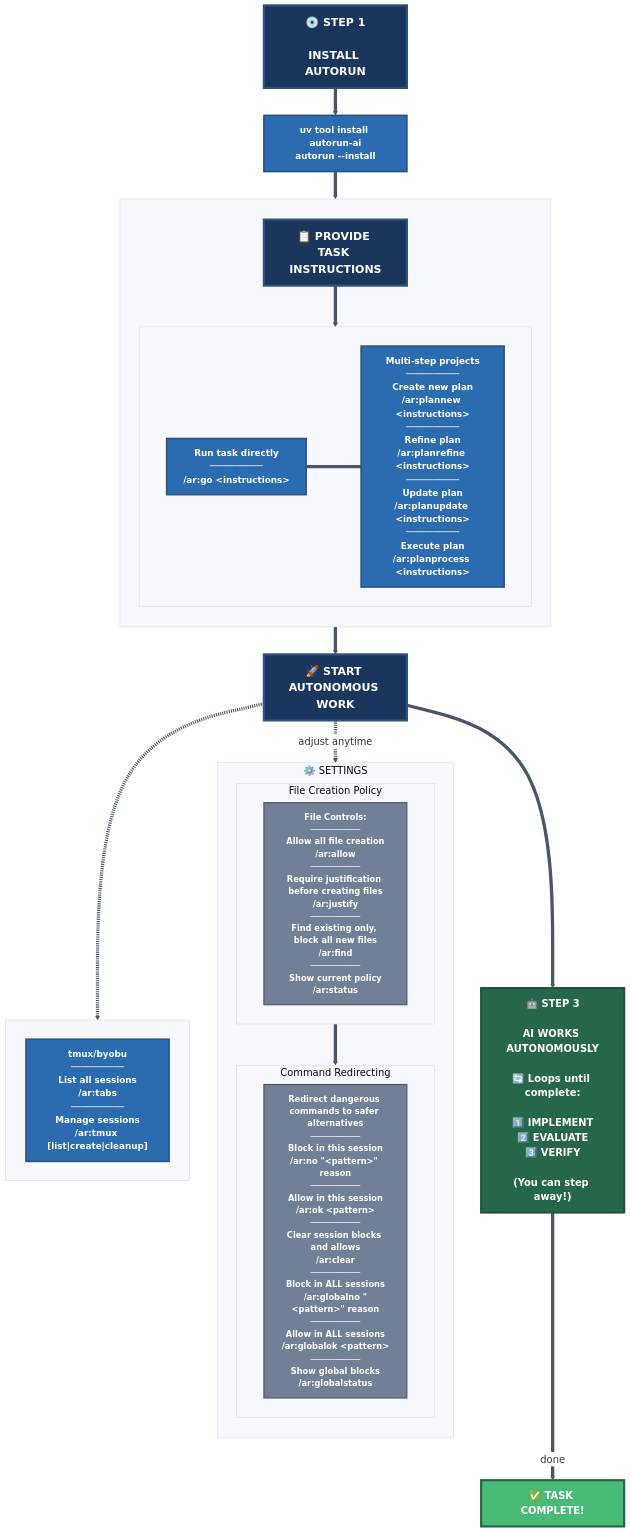
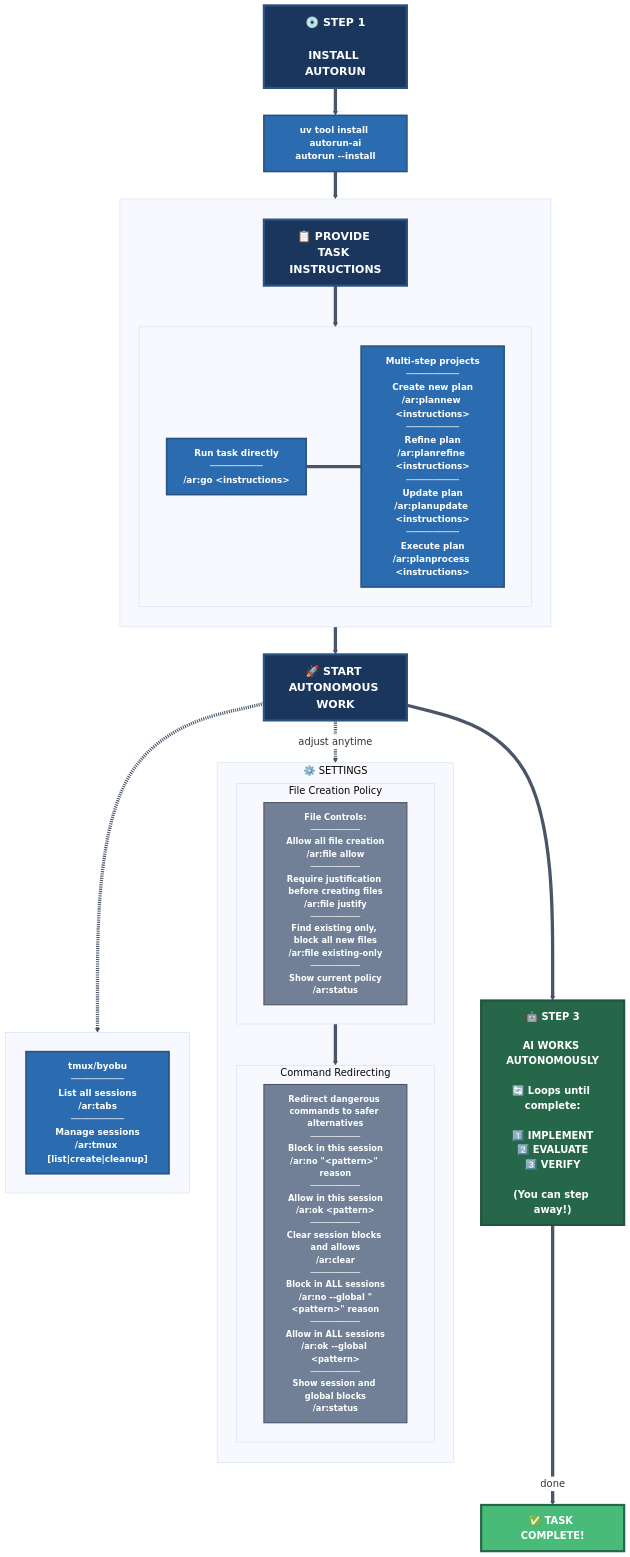
The diagram in autorun-architecture.mmd (ahundt/autorun), drawn with Mermaid before and after one commit. The commit also changed 15 other files, not shown here.

```diff
--- a/autorun-architecture.mmd
+++ b/autorun-architecture.mmd
@@ -1,91 +1,91 @@
 %% Regenerate SVG: npx @mermaid-js/mermaid-cli mmdc -i autorun-architecture.mmd -o autorun-architecture.svg
 %%{init: {'theme': 'base', 'themeVariables': { 'fontSize': '18px', 'fontFamily': 'Arial', 'maxTextWidth': 300, 'subgraphBkg': '#f7fafc', 'lineColor': '#4a5568', 'edgeLabelBackground': '#ffffff'}}}%%
 flowchart TD
     %% ========================================
     %%  STYLING
     %% ========================================
     classDef stepBox fill:#1a365d,stroke:#2c5282,stroke-width:4px,color:#fff,font-size:20px,font-weight:bold;
     classDef choiceBox fill:#2b6cb0,stroke:#2c5282,stroke-width:3px,color:#fff,font-size:16px,font-weight:bold;
     classDef aiBox fill:#276749,stroke:#22543d,stroke-width:4px,color:#fff,font-size:18px,font-weight:bold;
     classDef guardBox fill:#c53030,stroke:#742a2a,stroke-width:3px,color:#fff,font-size:14px,font-weight:bold;
     classDef safeBox fill:#ed8936,stroke:#c05621,stroke-width:3px,color:#fff,font-size:16px,font-weight:bold;
     classDef doneBox fill:#48bb78,stroke:#276749,stroke-width:4px,color:#fff,font-size:18px,font-weight:bold;
     classDef settingBox fill:#718096,stroke:#4a5568,stroke-width:2px,color:#fff,font-size:15px,font-weight:bold;
     classDef settingsPanel fill:#e2e8f0,stroke:#a0aec0,stroke-width:2px,color:#2d3748,font-size:15px,font-weight:bold;
 
     %% ========================================
     %%  STEP 1: INSTALL
     %% ========================================
     INSTALL["💿 STEP 1<br/><br/>INSTALL AUTORUN"]:::stepBox
     INSTALL_CMD["uv tool install autorun-ai<br/>autorun --install"]:::choiceBox
 
     %% ========================================
     %%  SETTINGS PANEL (Always available)
     %% ========================================
     subgraph SETTINGS["⚙️ SETTINGS"]
         direction TB
 
         subgraph FILE_SET["File Creation Policy"]
-            F1["<b>File Controls:</b><br/>──────────<br/><b>Allow all file creation</b><br/>/ar:allow<br/>──────────<br/><b>Require justification before creating files</b><br/>/ar:justify<br/>──────────<br/><b>Find existing only, block all new files</b><br/>/ar:find<br/>──────────<br/><b>Show current policy</b><br/>/ar:status"]:::settingBox
+            F1["<b>File Controls:</b><br/>──────────<br/><b>Allow all file creation</b><br/>/ar:file allow<br/>──────────<br/><b>Require justification before creating files</b><br/>/ar:file justify<br/>──────────<br/><b>Find existing only, block all new files</b><br/>/ar:file existing-only<br/>──────────<br/><b>Show current policy</b><br/>/ar:status"]:::settingBox
         end
 
         FILE_SET --> BLOCK_SET
 
         subgraph BLOCK_SET["Command Redirecting"]
             direction LR
-            B1["<b>Redirect dangerous commands to safer alternatives</b><br/>──────────<br/><b>Block in this session</b><br/>/ar:no #quot;&lt;pattern&gt;#quot; reason<br/>──────────<br/><b>Allow in this session</b><br/>/ar:ok &lt;pattern&gt;<br/>──────────<br/><b>Clear session blocks and allows</b><br/>/ar:clear<br/>──────────<br/><b>Block in ALL sessions</b><br/>/ar:globalno #quot;&lt;pattern&gt;#quot; reason<br/>──────────<br/><b>Allow in ALL sessions</b><br/>/ar:globalok &lt;pattern&gt;<br/>──────────<br/><b>Show global blocks</b><br/>/ar:globalstatus"]:::settingBox
+            B1["<b>Redirect dangerous commands to safer alternatives</b><br/>──────────<br/><b>Block in this session</b><br/>/ar:no #quot;&lt;pattern&gt;#quot; reason<br/>──────────<br/><b>Allow in this session</b><br/>/ar:ok &lt;pattern&gt;<br/>──────────<br/><b>Clear session blocks and allows</b><br/>/ar:clear<br/>──────────<br/><b>Block in ALL sessions</b><br/>/ar:no --global #quot;&lt;pattern&gt;#quot; reason<br/>──────────<br/><b>Allow in ALL sessions</b><br/>/ar:ok --global &lt;pattern&gt;<br/>──────────<br/><b>Show session and global blocks</b><br/>/ar:status"]:::settingBox
         end
     end
 
     %% ========================================
     %%  STEP 2: CHOOSE HOW AI WORKS
     %% ========================================
     subgraph WORKFLOW_OPTIONS[" "]
         direction TB
         PROVIDE["📋 PROVIDE TASK INSTRUCTIONS"]:::stepBox
         subgraph WORKFLOW_CMDS[" "]
             direction LR
             W1["<b>Run task directly</b><br/>──────────<br/>/ar:go &lt;instructions&gt;"]:::choiceBox
 
             W2["<b>Multi-step projects</b><br/>──────────<br/><b>Create new plan</b><br/>/ar:plannew &lt;instructions&gt;<br/>──────────<br/><b>Refine plan</b><br/>/ar:planrefine &lt;instructions&gt;<br/>──────────<br/><b>Update plan</b><br/>/ar:planupdate &lt;instructions&gt;<br/>──────────<br/><b>Execute plan</b><br/>/ar:planprocess &lt;instructions&gt;"]:::choiceBox
 
             W1 --- W2
         end
         PROVIDE --> WORKFLOW_CMDS
     end
 
     WORKFLOW["🚀 START AUTONOMOUS WORK"]:::stepBox
 
     %% ========================================
     %%  STEP 3: AI WORKS
     %% ========================================
     AI_ENGINE["🤖 STEP 3<br/><br/>AI WORKS AUTONOMOUSLY<br/><br/>🔄 Loops until complete:<br/><br/>1️⃣ IMPLEMENT<br/>2️⃣ EVALUATE<br/>3️⃣ VERIFY<br/><br/>(You can step away!)"]:::aiBox
 
     %% ========================================
     %%  MONITOR & CONTROL (Optional)
     %% ========================================
     subgraph CONTROL_OPTIONS[" "]
         direction LR
         C1["<b>tmux/byobu</b><br/>──────────<br/><b>List all sessions</b><br/>/ar:tabs<br/>──────────<br/><b>Manage sessions</b><br/>/ar:tmux [list|create|cleanup]"]:::choiceBox
     end
 
     %% ========================================
     %%  COMPLETE
     %% ========================================
     COMPLETE["✅ TASK COMPLETE!"]:::doneBox
 
     %% ========================================
     %%  FLOW
     %% ========================================
     INSTALL --> INSTALL_CMD
     INSTALL_CMD --> WORKFLOW_OPTIONS
 
     WORKFLOW_OPTIONS --> WORKFLOW
     WORKFLOW --> AI_ENGINE
     WORKFLOW -.->|"adjust anytime"| SETTINGS
 
     WORKFLOW -.-> CONTROL_OPTIONS
     AI_ENGINE -->|"done"| COMPLETE
 
     %% Make all connector lines thicker
     linkStyle default stroke-width:6px
```
